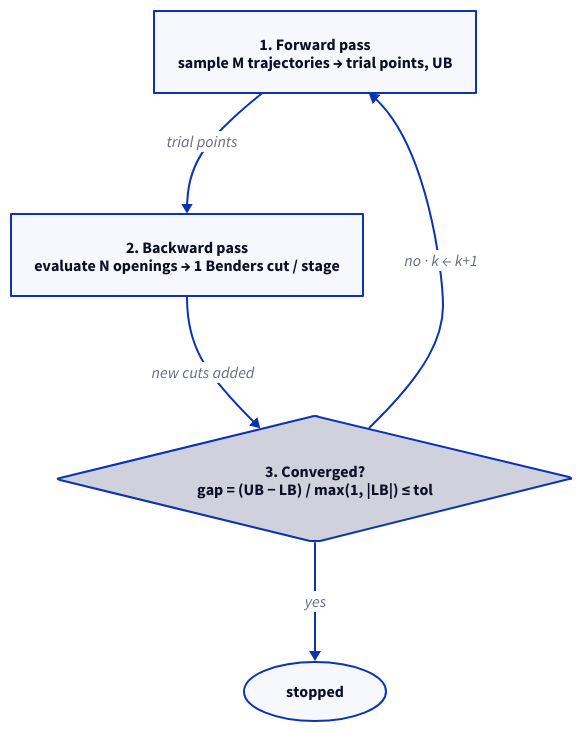
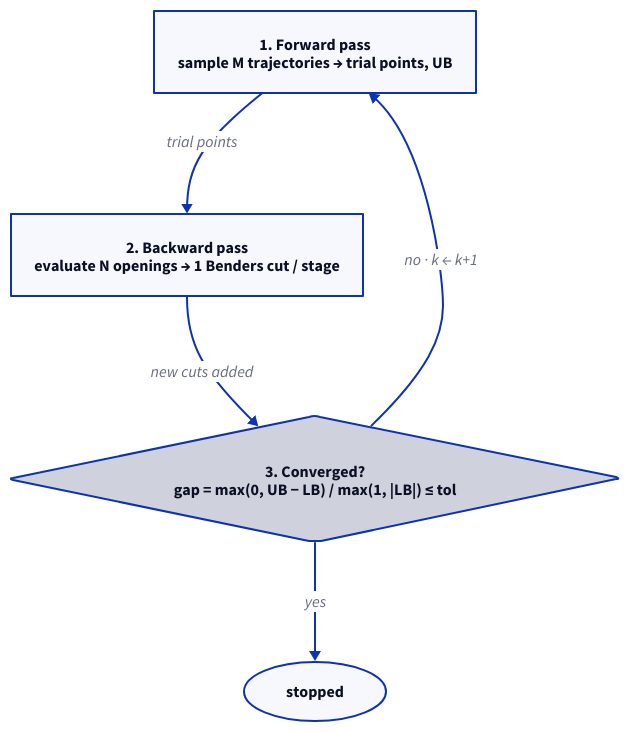
One commit to cobre-rs/cobre-docs changed the first of 2 diagrams in src/content/docs/math/sddp-algorithm.mdx. Above: the diagram before and after it, drawn with D2. The commit also changed other lines of this file and 11 other files, not shown here.

````diff
--- a/src/content/docs/math/sddp-algorithm.mdx
+++ b/src/content/docs/math/sddp-algorithm.mdx
@@ -55,13 +55,13 @@
 ```d2
 direction: down
 
 fwd: "1. Forward pass\nsample M trajectories → trial points, UB" {shape: rectangle}
 bwd: "2. Backward pass\nevaluate N openings → 1 Benders cut / stage" {shape: rectangle}
-conv: "3. Converged?\ngap = (UB − LB) / max(1, |LB|) ≤ tol" {shape: diamond}
+conv: "3. Converged?\ngap = max(0, UB − LB) / max(1, |LB|) ≤ tol" {shape: diamond}
 done: stopped {shape: oval}
 
 fwd -> bwd: trial points
 bwd -> conv: new cuts added
 conv -> fwd: no · k ← k+1
 conv -> done: yes
 ```
````
